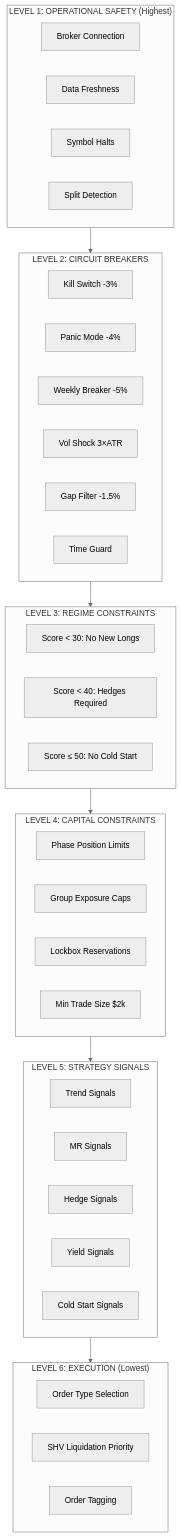
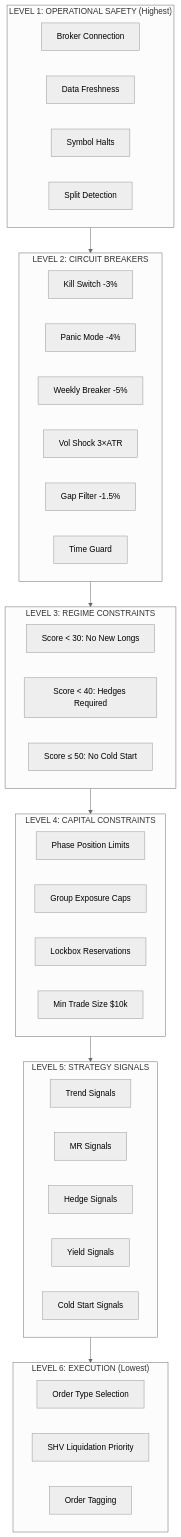
One commit to vickdavinci/alpha-nextgen-v2-private changed the third of 3 diagrams in docs/system/02-system-architecture.md. Above: the diagram before and after it, drawn with Mermaid (neutral theme). The commit also changed other lines of this file and 1 other file, not shown here.

Commit message:
docs: update executive summary and architecture for V2.3.6
- 01-executive-summary.md: Add Options strategy, fix 3x overnight rules (TNA/FAS allowed), update key decisions
- 02-system-architecture.md: SHV_MIN_TRADE $2k → $10k

````diff
--- a/docs/system/02-system-architecture.md
+++ b/docs/system/02-system-architecture.md
@@ -221,47 +221,47 @@
 ```mermaid
 flowchart TB
     subgraph L1["LEVEL 1: OPERATIONAL SAFETY (Highest)"]
         L1A["Broker Connection"]
         L1B["Data Freshness"]
         L1C["Symbol Halts"]
         L1D["Split Detection"]
     end
 
     subgraph L2["LEVEL 2: CIRCUIT BREAKERS"]
         L2A["Kill Switch -3%"]
         L2B["Panic Mode -4%"]
         L2C["Weekly Breaker -5%"]
         L2D["Vol Shock 3×ATR"]
         L2E["Gap Filter -1.5%"]
         L2F["Time Guard"]
     end
 
     subgraph L3["LEVEL 3: REGIME CONSTRAINTS"]
         L3A["Score < 30: No New Longs"]
         L3B["Score < 40: Hedges Required"]
         L3C["Score ≤ 50: No Cold Start"]
     end
 
     subgraph L4["LEVEL 4: CAPITAL CONSTRAINTS"]
         L4A["Phase Position Limits"]
         L4B["Group Exposure Caps"]
         L4C["Lockbox Reservations"]
-        L4D["Min Trade Size $2k"]
+        L4D["Min Trade Size $10k"]
     end
 
     subgraph L5["LEVEL 5: STRATEGY SIGNALS"]
         L5A["Trend Signals"]
         L5B["MR Signals"]
         L5C["Hedge Signals"]
         L5D["Yield Signals"]
         L5E["Cold Start Signals"]
     end
 
     subgraph L6["LEVEL 6: EXECUTION (Lowest)"]
         L6A["Order Type Selection"]
         L6B["SHV Liquidation Priority"]
         L6C["Order Tagging"]
     end
 
     L1 --> L2 --> L3 --> L4 --> L5 --> L6
 ```
````
